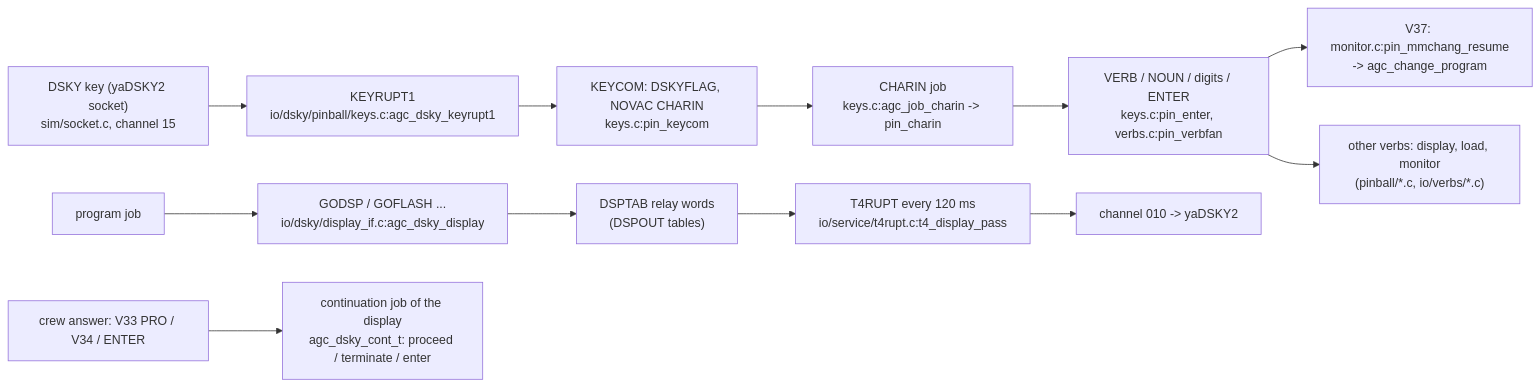
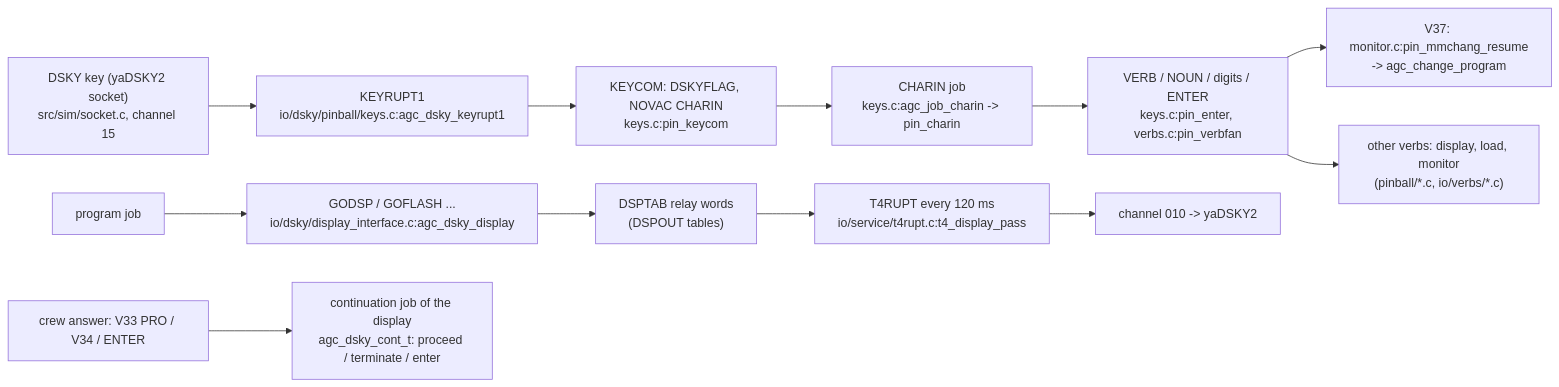
One commit to bobjoe400/apollo-c changed the first of 5 diagrams in docs/overview/README.md. Above: the diagram before and after it, drawn with Mermaid. The commit also changed other lines of this file and 52 other files, not shown here.

````diff
--- a/docs/overview/README.md
+++ b/docs/overview/README.md
@@ -175,14 +199,14 @@
 ```mermaid
 flowchart LR
-    key["DSKY key (yaDSKY2 socket)<br/>sim/socket.c, channel 15"] --> k1["KEYRUPT1<br/>io/dsky/pinball/keys.c:agc_dsky_keyrupt1"]
+    key["DSKY key (yaDSKY2 socket)<br/>src/sim/socket.c, channel 15"] --> k1["KEYRUPT1<br/>io/dsky/pinball/keys.c:agc_dsky_keyrupt1"]
     k1 --> kc["KEYCOM: DSKYFLAG, NOVAC CHARIN<br/>keys.c:pin_keycom"]
     kc --> ch["CHARIN job<br/>keys.c:agc_job_charin -> pin_charin"]
     ch --> vb["VERB / NOUN / digits / ENTER<br/>keys.c:pin_enter, verbs.c:pin_verbfan"]
     vb --> v37["V37: monitor.c:pin_mmchang_resume<br/>-> agc_change_program"]
     vb --> other["other verbs: display, load, monitor<br/>(pinball/*.c, io/verbs/*.c)"]
-    prog["program job"] --> disp["GODSP / GOFLASH ...<br/>io/dsky/display_if.c:agc_dsky_display"]
+    prog["program job"] --> disp["GODSP / GOFLASH ...<br/>io/dsky/display_interface.c:agc_dsky_display"]
     disp --> dsptab["DSPTAB relay words<br/>(DSPOUT tables)"]
     dsptab --> t4["T4RUPT every 120 ms<br/>io/service/t4rupt.c:t4_display_pass"]
     t4 --> out["channel 010 -> yaDSKY2"]
     resp["crew answer: V33 PRO / V34 / ENTER"] --> cont["continuation job of the display<br/>agc_dsky_cont_t: proceed / terminate / enter"]
 ```
````
